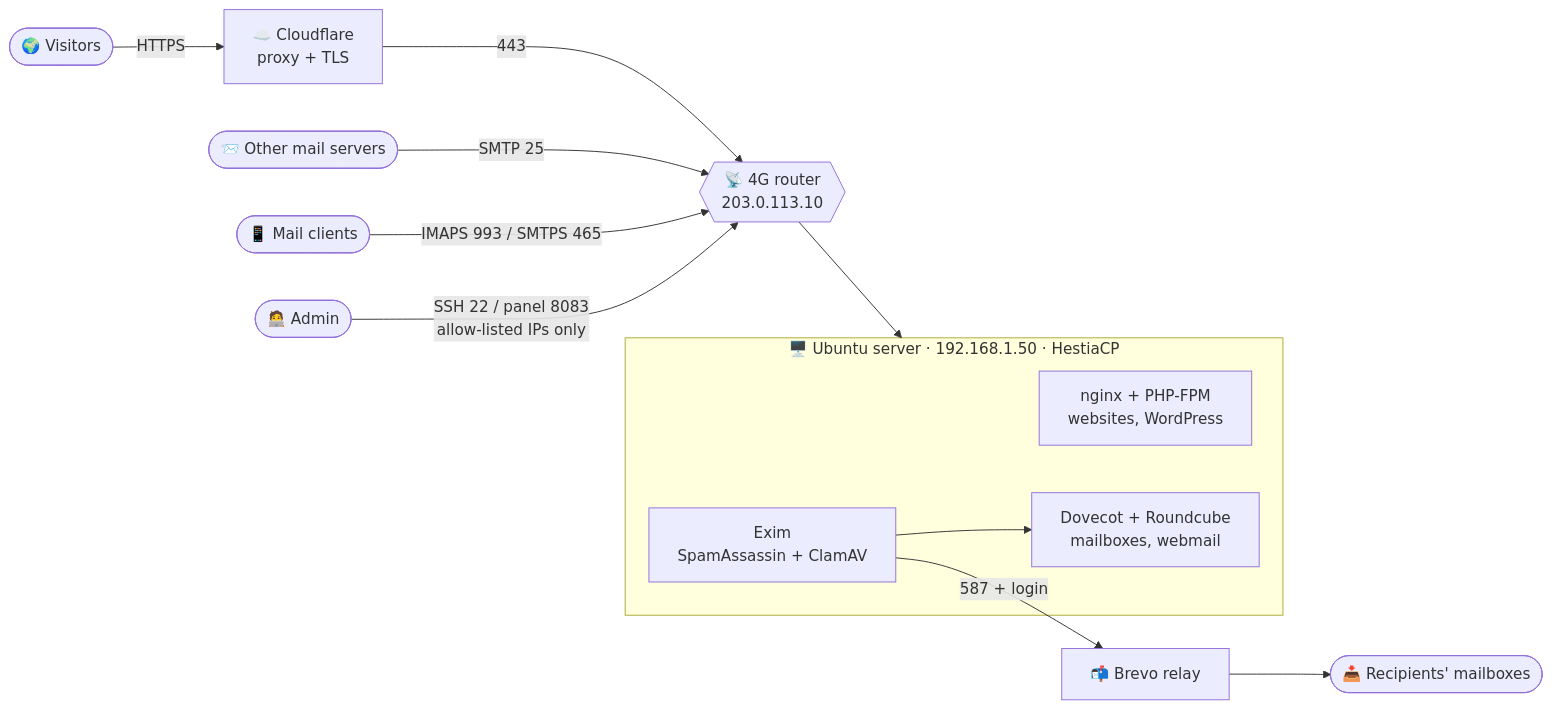
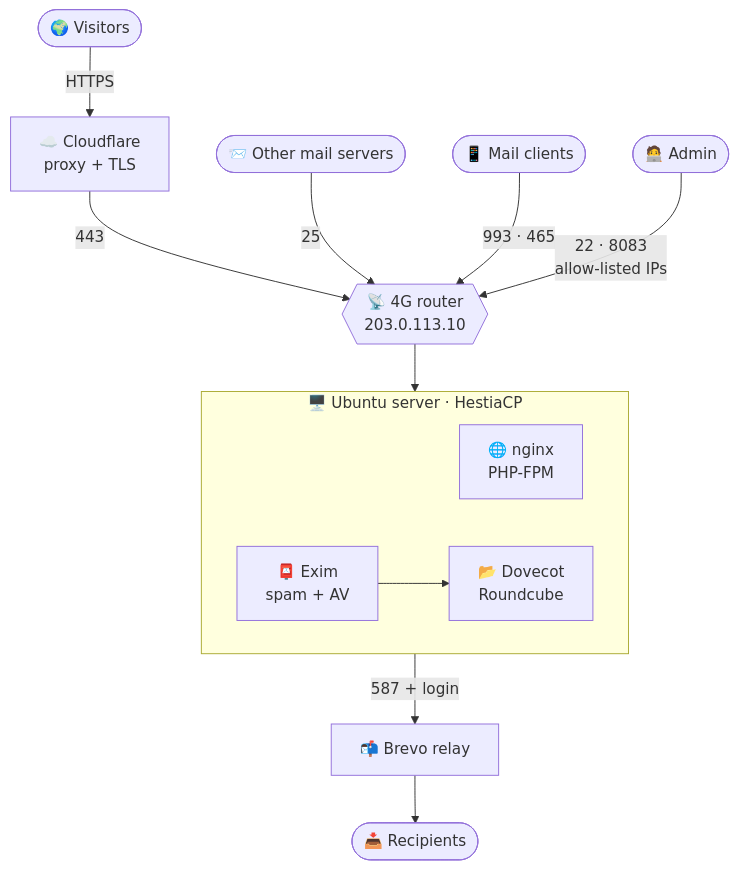
The first of 3 diagrams in README.md (lbegeluri/ubuntu-hestia-homelab), drawn with Mermaid before and after one commit. The commit also changed other lines of this file and 1 other file, not shown here.

Commit message:
Improve README layout and architecture diagram

````diff
--- a/README.md
+++ b/README.md
@@ -43,19 +43,27 @@
 ```mermaid
-flowchart LR
-    V(["🌍 Visitors"]) -->|"HTTPS"| CF["☁️ Cloudflare<br/>proxy + TLS"]
-    CF -->|"443"| R{{"📡 4G router<br/>203.0.113.10"}}
-    M(["📨 Other mail servers"]) -->|"SMTP 25"| R
-    C(["📱 Mail clients"]) -->|"IMAPS 993 / SMTPS 465"| R
-    A(["🧑‍💻 Admin"]) -->|"SSH 22 / panel 8083<br/>allow-listed IPs only"| R
+flowchart TB
+    V(["🌍 Visitors"])
+    M(["📨 Other mail servers"])
+    C(["📱 Mail clients"])
+    A(["🧑‍💻 Admin"])
+    CF["☁️ Cloudflare<br/>proxy + TLS"]
+    R{{"📡 4G router<br/>203.0.113.10"}}
+
+    V -->|"HTTPS"| CF
+    CF -->|"443"| R
+    M -->|"25"| R
+    C -->|"993 · 465"| R
+    A -->|"22 · 8083<br/>allow-listed IPs"| R
     R --> S
 
-    subgraph S["🖥️ Ubuntu server · 192.168.1.50 · HestiaCP"]
-        N["nginx + PHP-FPM<br/>websites, WordPress"]
-        E["Exim<br/>SpamAssassin + ClamAV"]
-        D["Dovecot + Roundcube<br/>mailboxes, webmail"]
+    subgraph S["🖥️ Ubuntu server · HestiaCP"]
+        direction LR
+        N["🌐 nginx<br/>PHP-FPM"]
+        E["📮 Exim<br/>spam + AV"]
+        D["📂 Dovecot<br/>Roundcube"]
         E --> D
     end
 
-    E -->|"587 + login"| B["📬 Brevo relay"]
-    B --> I(["📥 Recipients' mailboxes"])
+    S -->|"587 + login"| B["📬 Brevo relay"]
+    B --> I(["📥 Recipients"])
 ```
````
